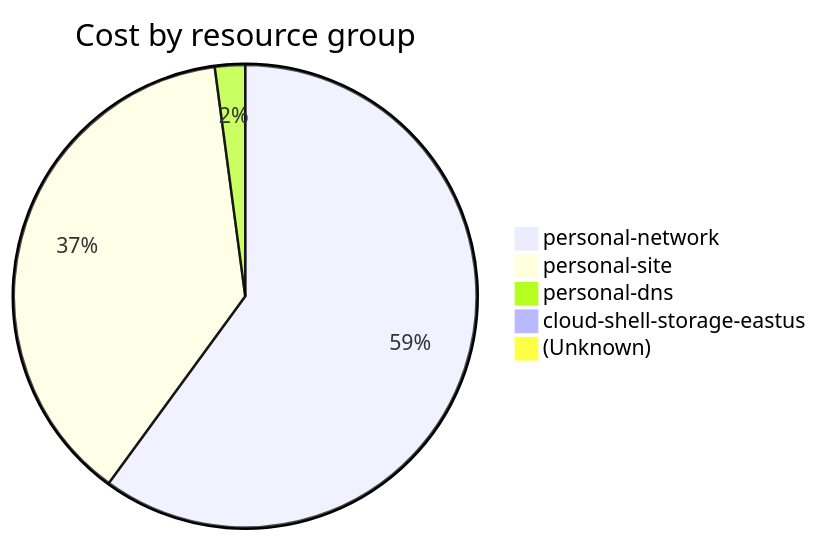
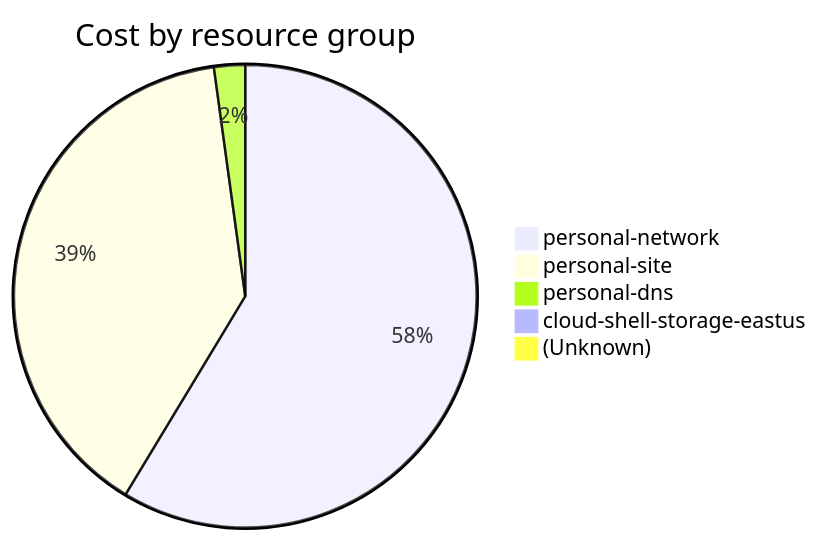
One commit to jpfulton/azure-personal-reports changed the fourth of 4 diagrams in cost-reports/accumulated-cost.md. Above: the diagram before and after it, drawn with Mermaid. The commit also changed other lines of this file and 4 other files, not shown here.

````diff
--- a/cost-reports/accumulated-cost.md
+++ b/cost-reports/accumulated-cost.md
@@ -155,9 +155,9 @@
 ```mermaid
 pie
    title Cost by resource group
    "personal-network" : 15.94
-   "personal-site" : 10.05
-   "personal-dns" : 0.56
+   "personal-site" : 10.65
+   "personal-dns" : 0.59
    "cloud-shell-storage-eastus" : 0.17
    "(Unknown)" : 0.10
 ```
````
